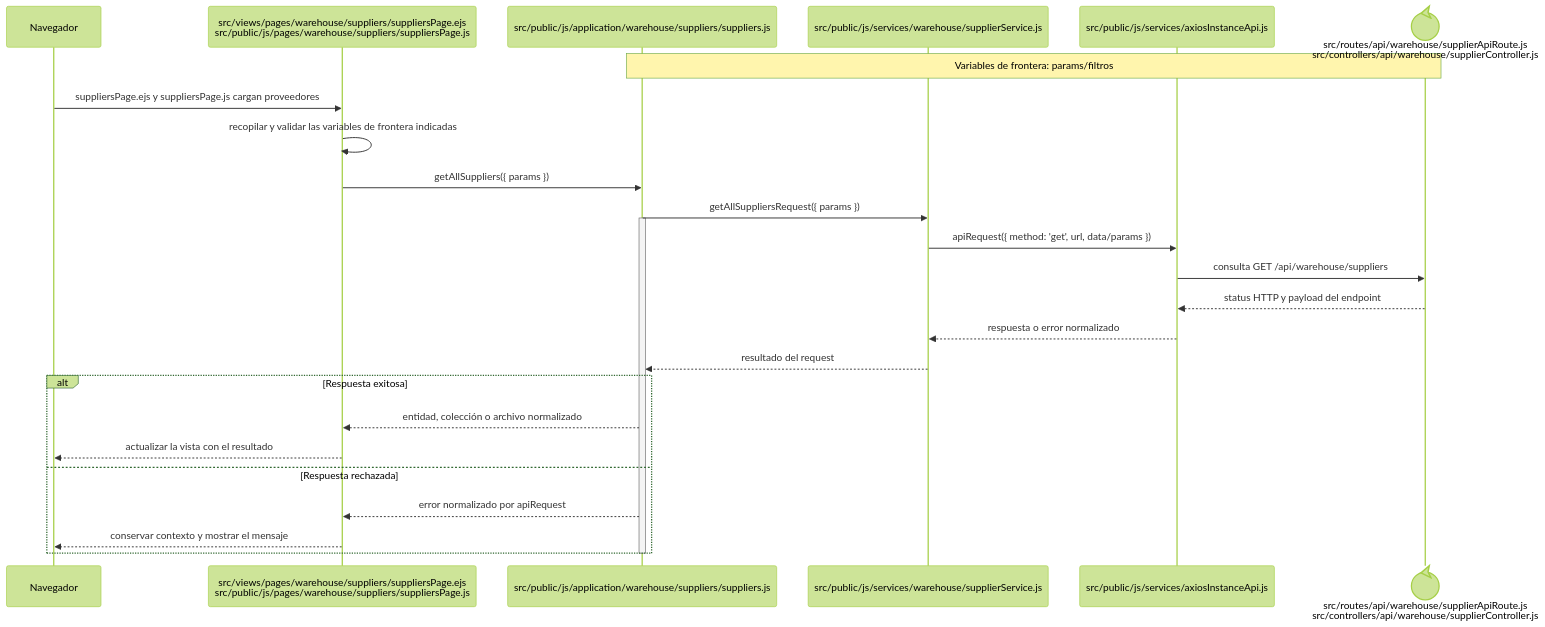
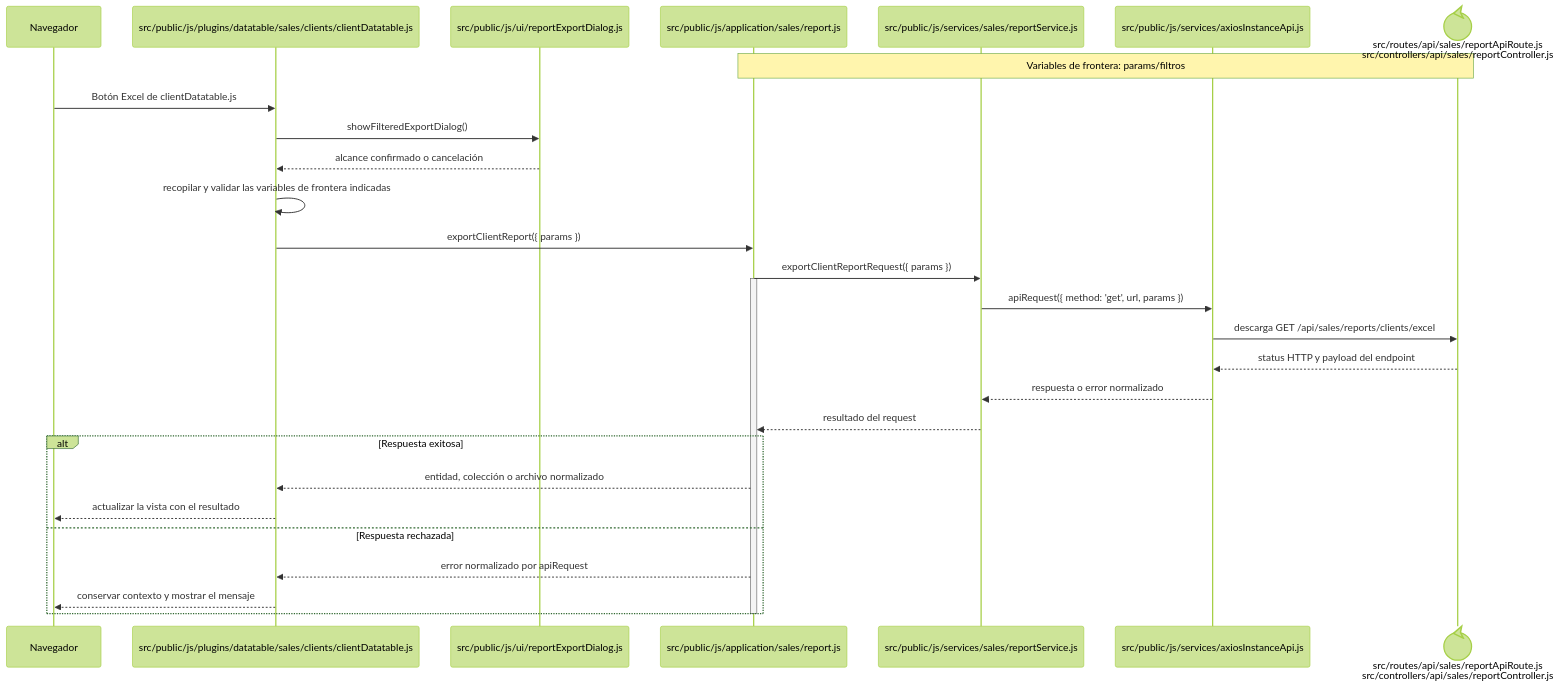
One commit to gpgsistemas01/nexus changed the diagram in docs/architecture/frontend-code-sequences/catalogs/cu-cat-09.md. Above: the diagram before and after it, drawn with Mermaid (forest theme). The commit also changed other lines of this file and 287 other files, not shown here.

````diff
--- a/docs/architecture/frontend-code-sequences/catalogs/cu-cat-09.md
+++ b/docs/architecture/frontend-code-sequences/catalogs/cu-cat-09.md
@@ -6,29 +6,32 @@
 ```mermaid
 sequenceDiagram
     participant Browser as Navegador
-    participant View as src/views/pages/warehouse/suppliers/suppliersPage.ejs<br/>src/public/js/pages/warehouse/suppliers/suppliersPage.js
-    participant Application as src/public/js/application/warehouse/suppliers/suppliers.js
-    participant Request as src/public/js/services/warehouse/supplierService.js
+    participant View as src/public/js/plugins/datatable/sales/clients/clientDatatable.js
+    participant Dialog as src/public/js/ui/reportExportDialog.js
+    participant Application as src/public/js/application/sales/report.js
+    participant Request as src/public/js/services/sales/reportService.js
     participant HTTP as src/public/js/services/axiosInstanceApi.js
-    participant Transport@{ "type": "control" } as src/routes/api/warehouse/supplierApiRoute.js<br/>src/controllers/api/warehouse/supplierController.js
+    participant Transport@{ "type": "control" } as src/routes/api/sales/reportApiRoute.js<br/>src/controllers/api/sales/reportController.js
     Note over Application,Transport: Variables de frontera: params/filtros
 
-    Browser->>View: suppliersPage.ejs y suppliersPage.js cargan proveedores
+    Browser->>View: Botón Excel de clientDatatable.js
+    View->>Dialog: showFilteredExportDialog()
+    Dialog-->>View: alcance confirmado o cancelación
     View->>View: recopilar y validar las variables de frontera indicadas
-    View->>Application: getAllSuppliers({ params })
-    Application->>Request: getAllSuppliersRequest({ params })
+    View->>Application: exportClientReport({ params })
+    Application->>Request: exportClientReportRequest({ params })
     activate Application
-    Request->>HTTP: apiRequest({ method: 'get', url, data/params })
-    HTTP->>Transport: consulta GET /api/warehouse/suppliers
+    Request->>HTTP: apiRequest({ method: 'get', url, params })
+    HTTP->>Transport: descarga GET /api/sales/reports/clients/excel
     Transport-->>HTTP: status HTTP y payload del endpoint
     HTTP-->>Request: respuesta o error normalizado
     Request-->>Application: resultado del request
     alt Respuesta exitosa
         Application-->>View: entidad, colección o archivo normalizado
         View-->>Browser: actualizar la vista con el resultado
     else Respuesta rechazada
         Application-->>View: error normalizado por apiRequest
         View-->>Browser: conservar contexto y mostrar el mensaje
     end
     deactivate Application
 ```
````
